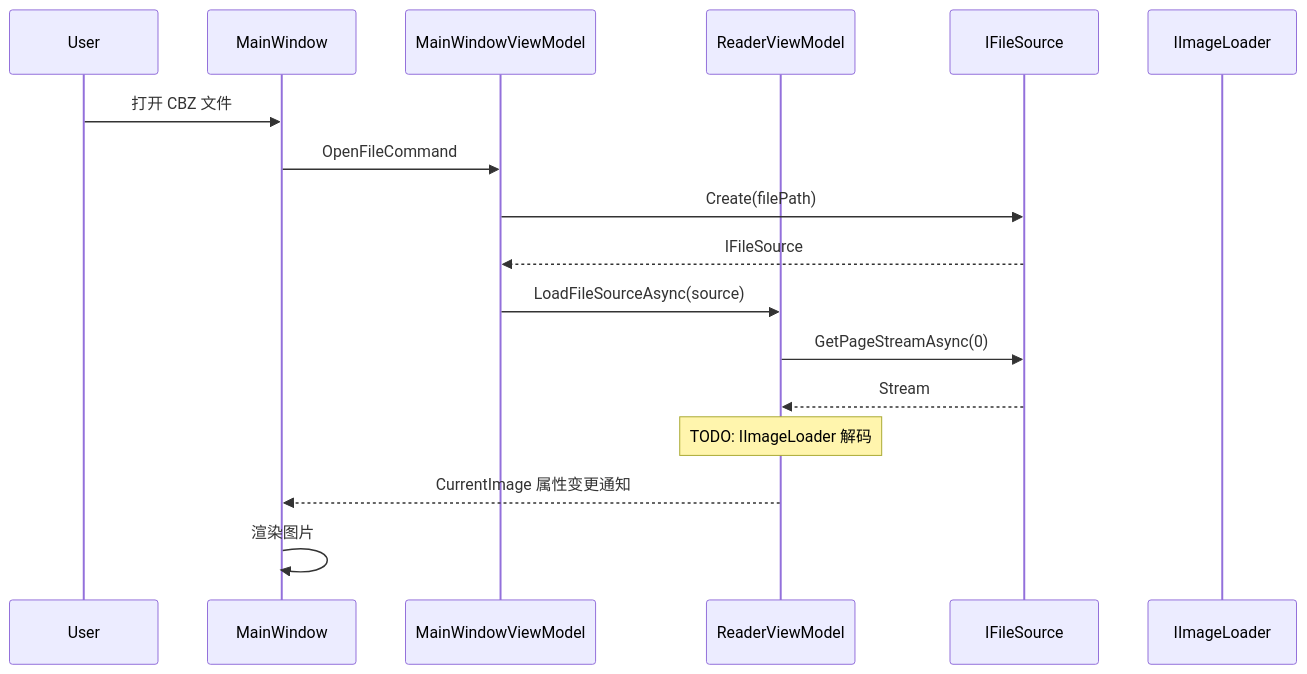
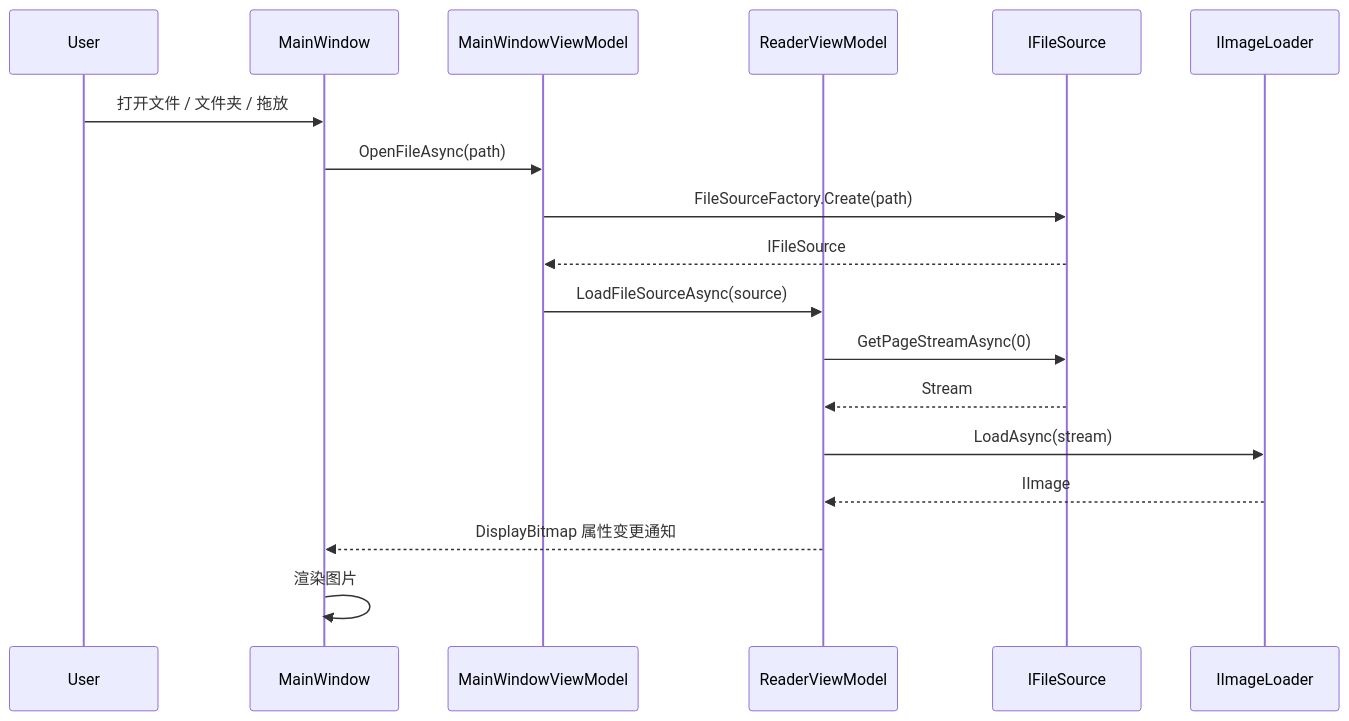
Before and after one commit to numbaa/nbreader: the second of 2 diagrams in docs/architecture.md, drawn with Mermaid. The commit also changed other lines of this file and 2 other files, not shown here.

````diff
--- a/docs/architecture.md
+++ b/docs/architecture.md
@@ -203,20 +208,21 @@
 ```mermaid
 sequenceDiagram
     participant U as User
     participant MW as MainWindow
     participant MWVM as MainWindowViewModel
     participant RVM as ReaderViewModel
     participant FS as IFileSource
     participant IL as IImageLoader
 
-    U->>MW: 打开 CBZ 文件
-    MW->>MWVM: OpenFileCommand
-    MWVM->>FS: Create(filePath)
+    U->>MW: 打开文件 / 文件夹 / 拖放
+    MW->>MWVM: OpenFileAsync(path)
+    MWVM->>FS: FileSourceFactory.Create(path)
     FS-->>MWVM: IFileSource
     MWVM->>RVM: LoadFileSourceAsync(source)
     RVM->>FS: GetPageStreamAsync(0)
     FS-->>RVM: Stream
-    Note over RVM: TODO: IImageLoader 解码
-    RVM-->>MW: CurrentImage 属性变更通知
+    RVM->>IL: LoadAsync(stream)
+    IL-->>RVM: IImage
+    RVM-->>MW: DisplayBitmap 属性变更通知
     MW->>MW: 渲染图片
 ```
````
